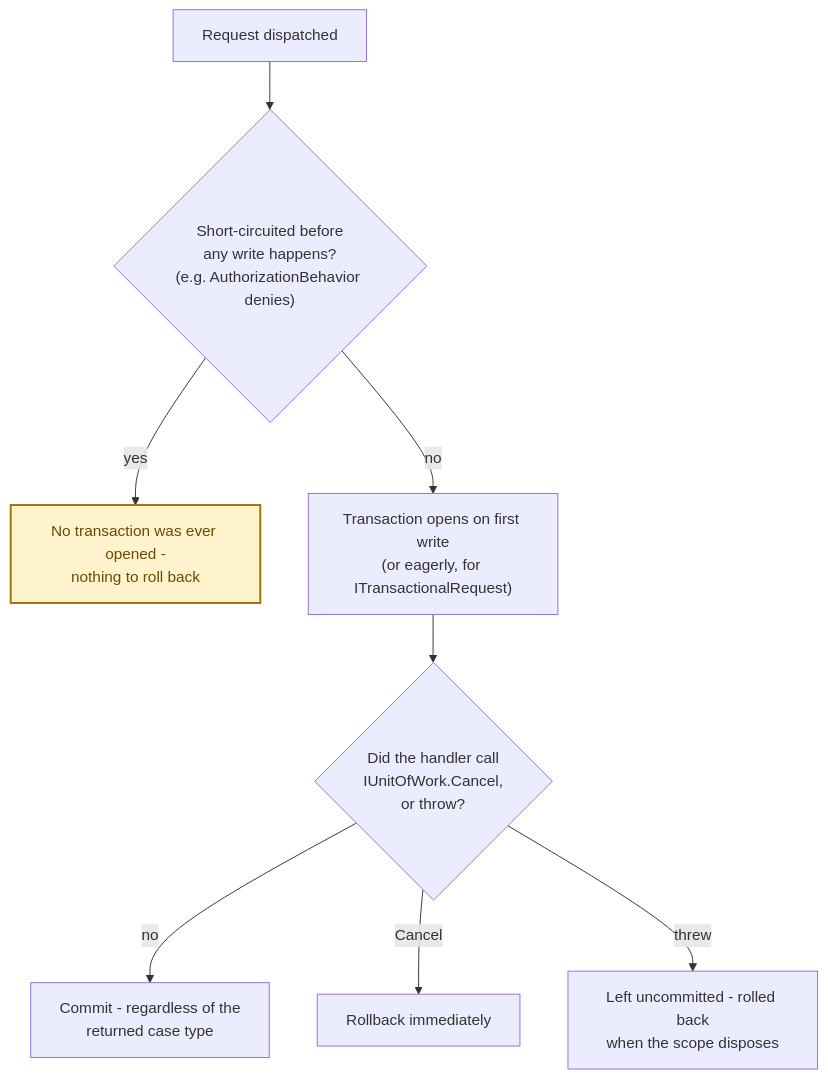
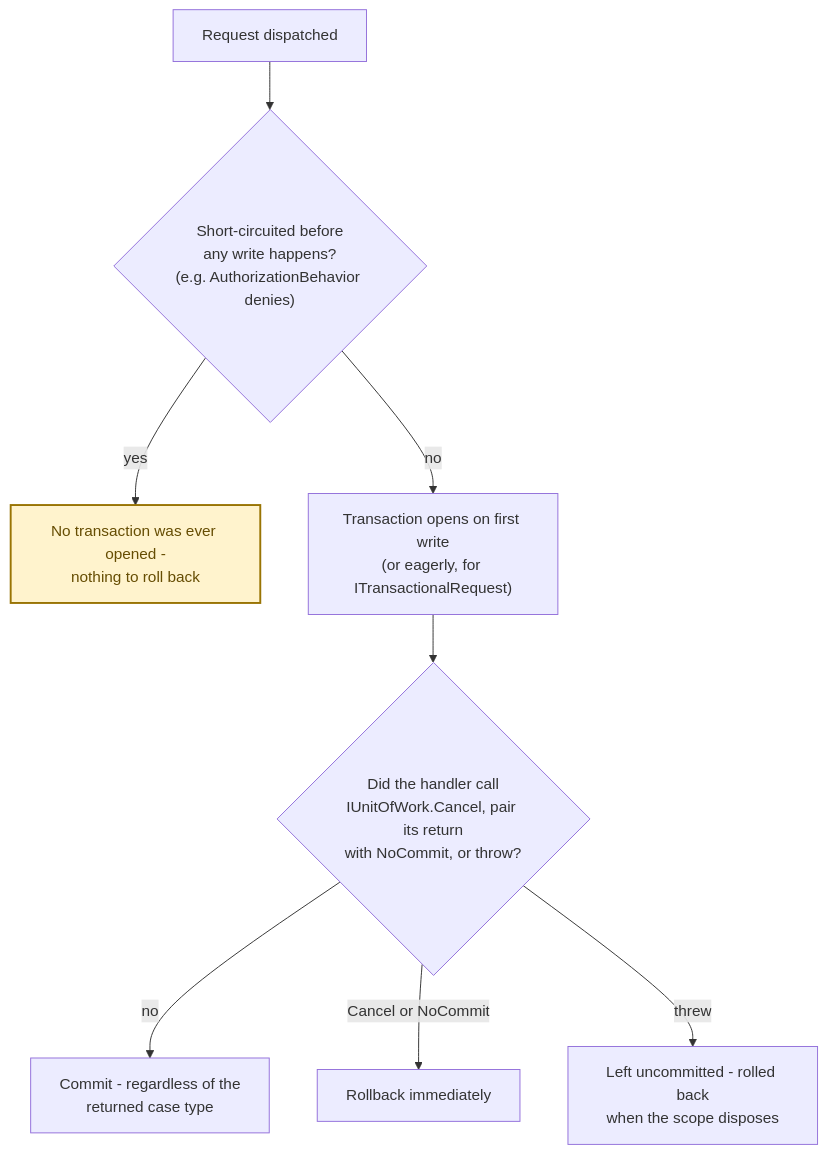
The diagram in documentation/transactions-and-store-integration.md (rheone/interlocutor), drawn with Mermaid before and after one commit. The commit also changed other lines of this file and 8 other files, not shown here.

First line of the commit message:
feat: add explicit call-site no-commit signal to CommitGateDriver

````diff
--- a/documentation/transactions-and-store-integration.md
+++ b/documentation/transactions-and-store-integration.md
@@ -233,13 +250,13 @@
 ```mermaid
 flowchart TD
     Start["Request dispatched"] --> ShortCircuit{"Short-circuited before<br/>any write happens?<br/>(e.g. AuthorizationBehavior denies)"}
     ShortCircuit -->|"yes"| NoTx["No transaction was ever opened -<br/>nothing to roll back"]
     ShortCircuit -->|"no"| Open["Transaction opens on first write<br/>(or eagerly, for ITransactionalRequest)"]
-    Open --> Signal{"Did the handler call<br/>IUnitOfWork.Cancel,<br/>or throw?"}
+    Open --> Signal{"Did the handler call<br/>IUnitOfWork.Cancel, pair its return<br/>with NoCommit, or throw?"}
     Signal -->|"no"| Commit["Commit - regardless of the<br/>returned case type"]
-    Signal -->|"Cancel"| Rollback["Rollback immediately"]
+    Signal -->|"Cancel or NoCommit"| Rollback["Rollback immediately"]
     Signal -->|"threw"| Uncommitted["Left uncommitted - rolled back<br/>when the scope disposes"]
 
     classDef callout fill:#fff3cd,color:#664d03,stroke:#997404,stroke-width:2px;
     class NoTx callout
 ```
````
